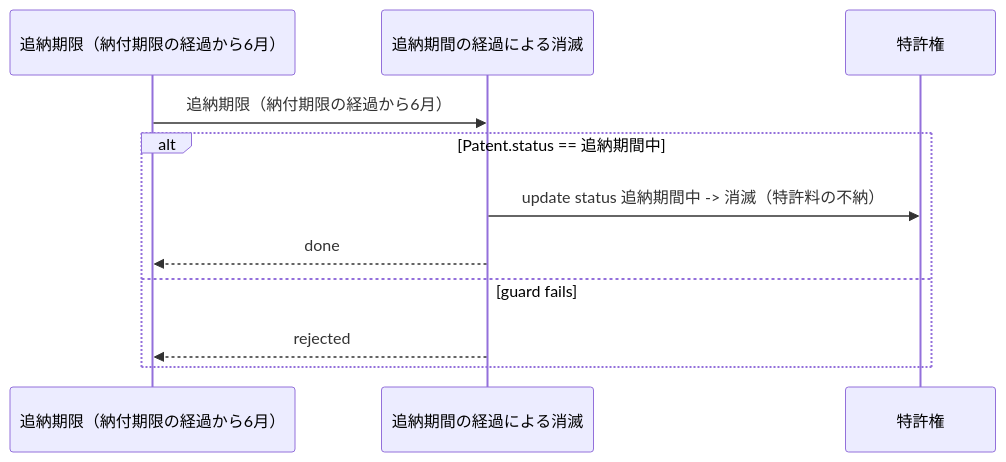
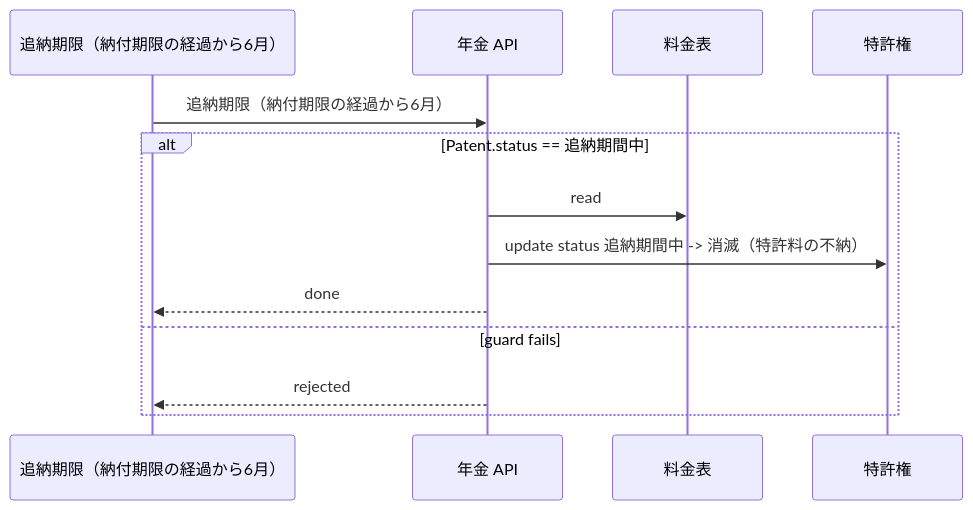
Before and after one commit to manji-0/rdra-ish-dsl: the diagram in samples/patent-ops/out/uc/sequence_LapseUnpaidPatent.mmd, drawn with Mermaid. The commit also changed 22 other files, not shown here.

```diff
--- a/samples/patent-ops/out/uc/sequence_LapseUnpaidPatent.mmd
+++ b/samples/patent-ops/out/uc/sequence_LapseUnpaidPatent.mmd
@@ -1,14 +1,16 @@
 %% rdra-ish diagram=sequence scope=usecase:LapseUnpaidPatent model=samples/patent-ops
-%% kinds: timer usecase entity
+%% kinds: timer api entity
 %% omitted: buc step
 sequenceDiagram
   participant timer__LatePaymentDeadline as 追納期限（納付期限の経過から6月）
-  participant usecase__LapseUnpaidPatent as 追納期間の経過による消滅
+  participant api__AnnuityApi as 年金 API
+  participant entity__FeeSchedule as 料金表
   participant entity__Patent as 特許権
-  timer__LatePaymentDeadline ->> usecase__LapseUnpaidPatent: 追納期限（納付期限の経過から6月）
+  timer__LatePaymentDeadline ->> api__AnnuityApi: 追納期限（納付期限の経過から6月）
   alt Patent.status == 追納期間中
-    usecase__LapseUnpaidPatent ->> entity__Patent: update status 追納期間中 -> 消滅（特許料の不納）
-    usecase__LapseUnpaidPatent -->> timer__LatePaymentDeadline: done
+    api__AnnuityApi ->> entity__FeeSchedule: read
+    api__AnnuityApi ->> entity__Patent: update status 追納期間中 -> 消滅（特許料の不納）
+    api__AnnuityApi -->> timer__LatePaymentDeadline: done
   else guard fails
-    usecase__LapseUnpaidPatent -->> timer__LatePaymentDeadline: rejected
+    api__AnnuityApi -->> timer__LatePaymentDeadline: rejected
   end
```
